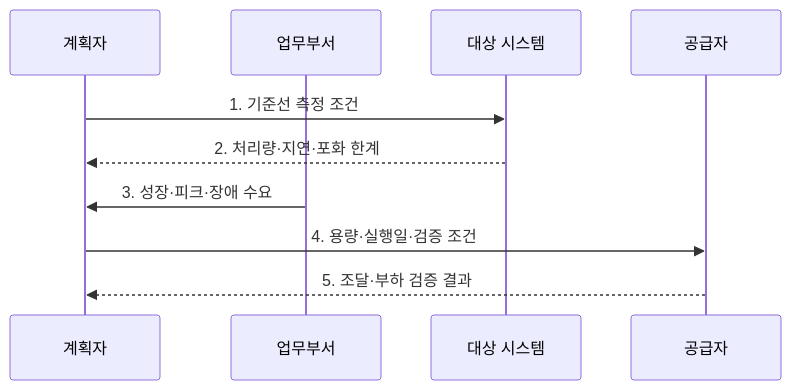
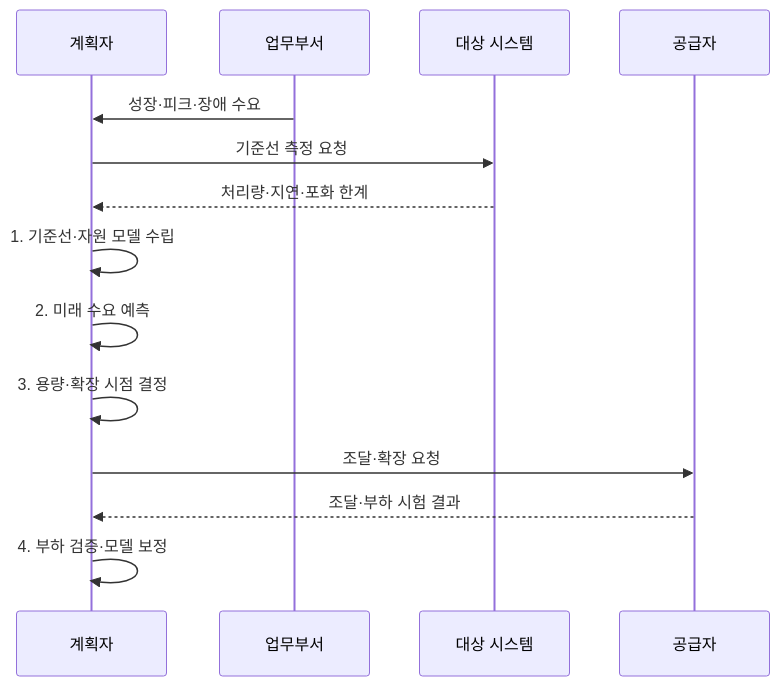
One commit to agnusdei1207/knowledge-base changed the second of 2 diagrams in src/content/docs/notes/06-evaluation/050_capacity_planning.md. Above: the diagram before and after it, drawn with Mermaid. The commit also changed other lines of this file and 11 other files, not shown here.

````diff
--- a/src/content/docs/notes/06-evaluation/050_capacity_planning.md
+++ b/src/content/docs/notes/06-evaluation/050_capacity_planning.md
@@ -81,12 +81,16 @@
 ```mermaid
 sequenceDiagram
     participant P as 계획자
     participant B as 업무부서
     participant S as 대상 시스템
     participant V as 공급자
-    P->>S: 1. 기준선 측정 조건
-    S-->>P: 2. 처리량·지연·포화 한계
-    B->>P: 3. 성장·피크·장애 수요
-    P->>V: 4. 용량·실행일·검증 조건
-    V-->>P: 5. 조달·부하 검증 결과
+    B->>P: 성장·피크·장애 수요
+    P->>S: 기준선 측정 요청
+    S-->>P: 처리량·지연·포화 한계
+    P->>P: 1. 기준선·자원 모델 수립
+    P->>P: 2. 미래 수요 예측
+    P->>P: 3. 용량·확장 시점 결정
+    P->>V: 조달·확장 요청
+    V-->>P: 조달·부하 시험 결과
+    P->>P: 4. 부하 검증·모델 보정
 ```
````
